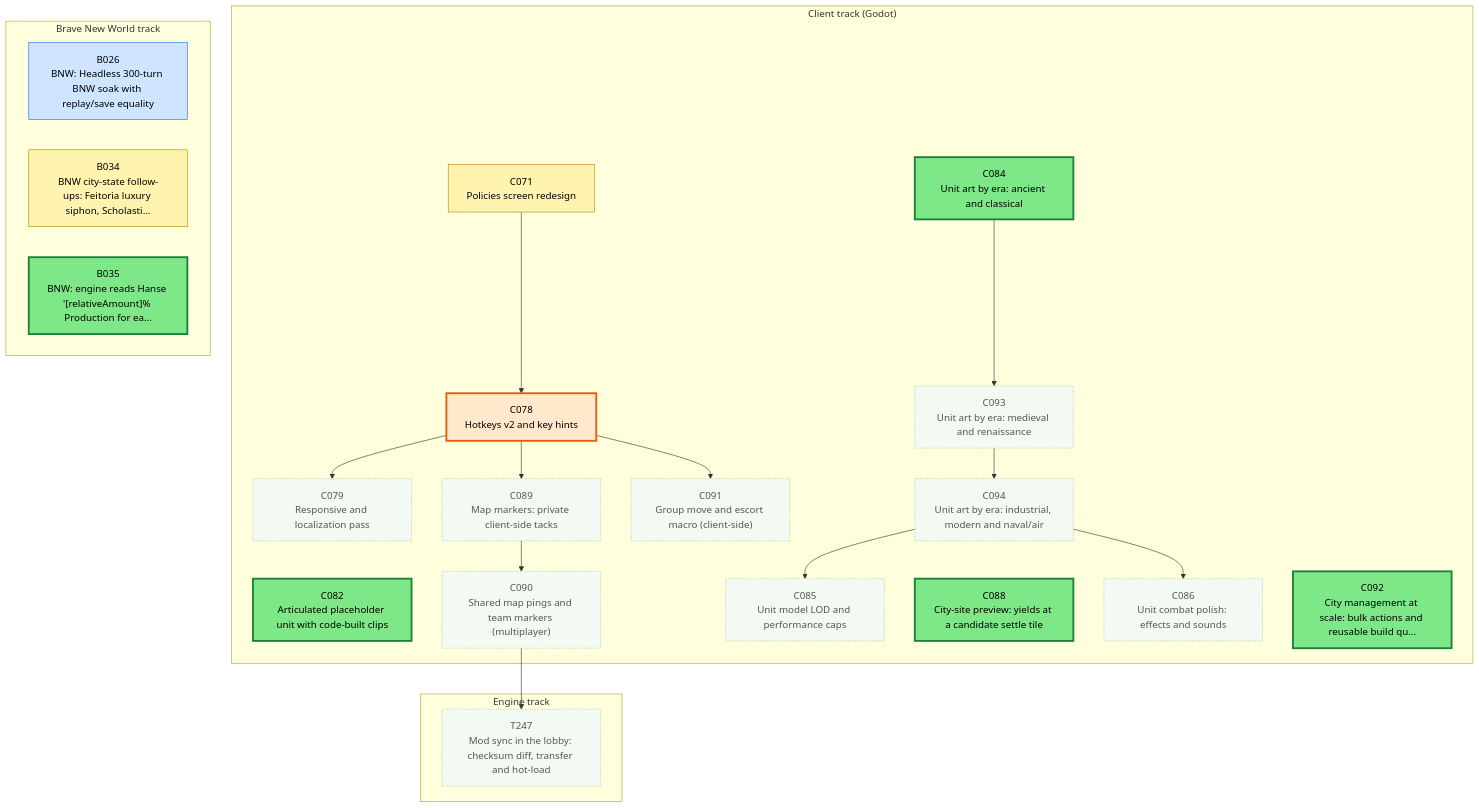
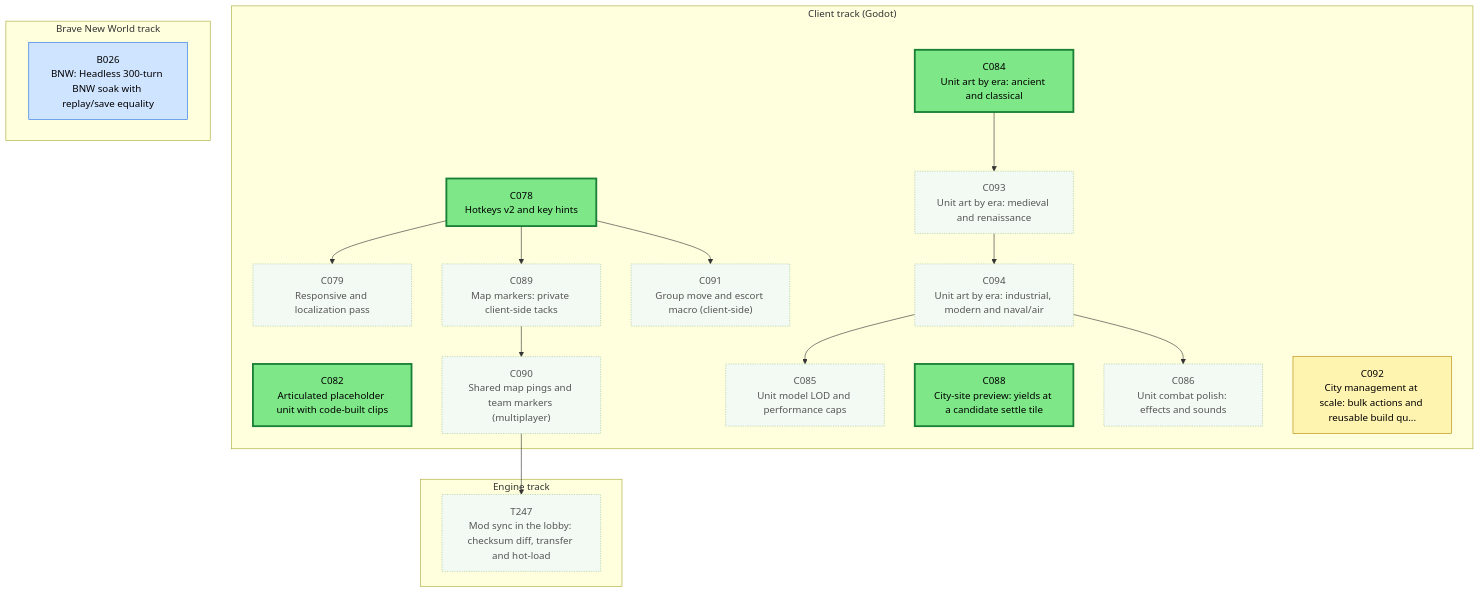
Before and after one commit to Kenmura/Unciv: the first of 3 diagrams in csharp/migration/DEPENDENCY_MAP.md, drawn with Mermaid. The commit also changed other lines of this file and 1 other file, not shown here.

````diff
--- a/csharp/migration/DEPENDENCY_MAP.md
+++ b/csharp/migration/DEPENDENCY_MAP.md
@@ -25,62 +25,55 @@
 ```mermaid
 flowchart TD
   subgraph TTRACK["Engine track"]
     T247["T247<br/>Mod sync in the lobby: checksum diff, transfer and hot-load"]
   end
   subgraph CTRACK["Client track (Godot)"]
-    C071["C071<br/>Policies screen redesign"]
     C078["C078<br/>Hotkeys v2 and key hints"]
     C079["C079<br/>Responsive and localization pass"]
     C082["C082<br/>Articulated placeholder unit with code-built clips"]
     C084["C084<br/>Unit art by era: ancient and classical"]
     C085["C085<br/>Unit model LOD and performance caps"]
     C086["C086<br/>Unit combat polish: effects and sounds"]
     C088["C088<br/>City-site preview: yields at a candidate settle tile"]
     C089["C089<br/>Map markers: private client-side tacks"]
     C090["C090<br/>Shared map pings and team markers (multiplayer)"]
     C091["C091<br/>Group move and escort macro (client-side)"]
     C092["C092<br/>City management at scale: bulk actions and reusable build qu..."]
     C093["C093<br/>Unit art by era: medieval and renaissance"]
     C094["C094<br/>Unit art by era: industrial, modern and naval/air"]
   end
   subgraph BTRACK["Brave New World track"]
     B026["B026<br/>BNW: Headless 300-turn BNW soak with replay/save equality"]
-    B034["B034<br/>BNW city-state follow-ups: Feitoria luxury siphon, Scholasti..."]
-    B035["B035<br/>BNW: engine reads Hanse '[relativeAmount]% Production for ea..."]
   end
   C090 --> T247
-  C071 --> C078
   C078 --> C079
   C094 --> C085
   C094 --> C086
   C078 --> C089
   C089 --> C090
   C078 --> C091
   C084 --> C093
   C093 --> C094
   classDef waiting fill:#f3faf3,stroke:#9bc49b,color:#555,stroke-dasharray:2 2
   classDef ondeck fill:#ffe8cc,stroke:#e8590c,stroke-width:3px,color:#000
   classDef ready fill:#7ee787,stroke:#1a7f37,stroke-width:3px,color:#000
   classDef prog fill:#fff3b0,stroke:#b58900,color:#000
   classDef review fill:#cfe4ff,stroke:#1f6feb,color:#000
   classDef blocked fill:#ffd6d6,stroke:#c62828,color:#000
   classDef done fill:#eeeeee,stroke:#999999,color:#666,stroke-dasharray:4 3
   class B026 review
-  class B034 prog
-  class B035 ready
-  class C071 prog
-  class C078 ondeck
+  class C078 ready
   class C079 waiting
   class C082 ready
   class C084 ready
   class C085 waiting
   class C086 waiting
   class C088 ready
   class C089 waiting
   class C090 waiting
   class C091 waiting
-  class C092 ready
+  class C092 prog
   class C093 waiting
   class C094 waiting
   class T247 waiting
 ```
````
